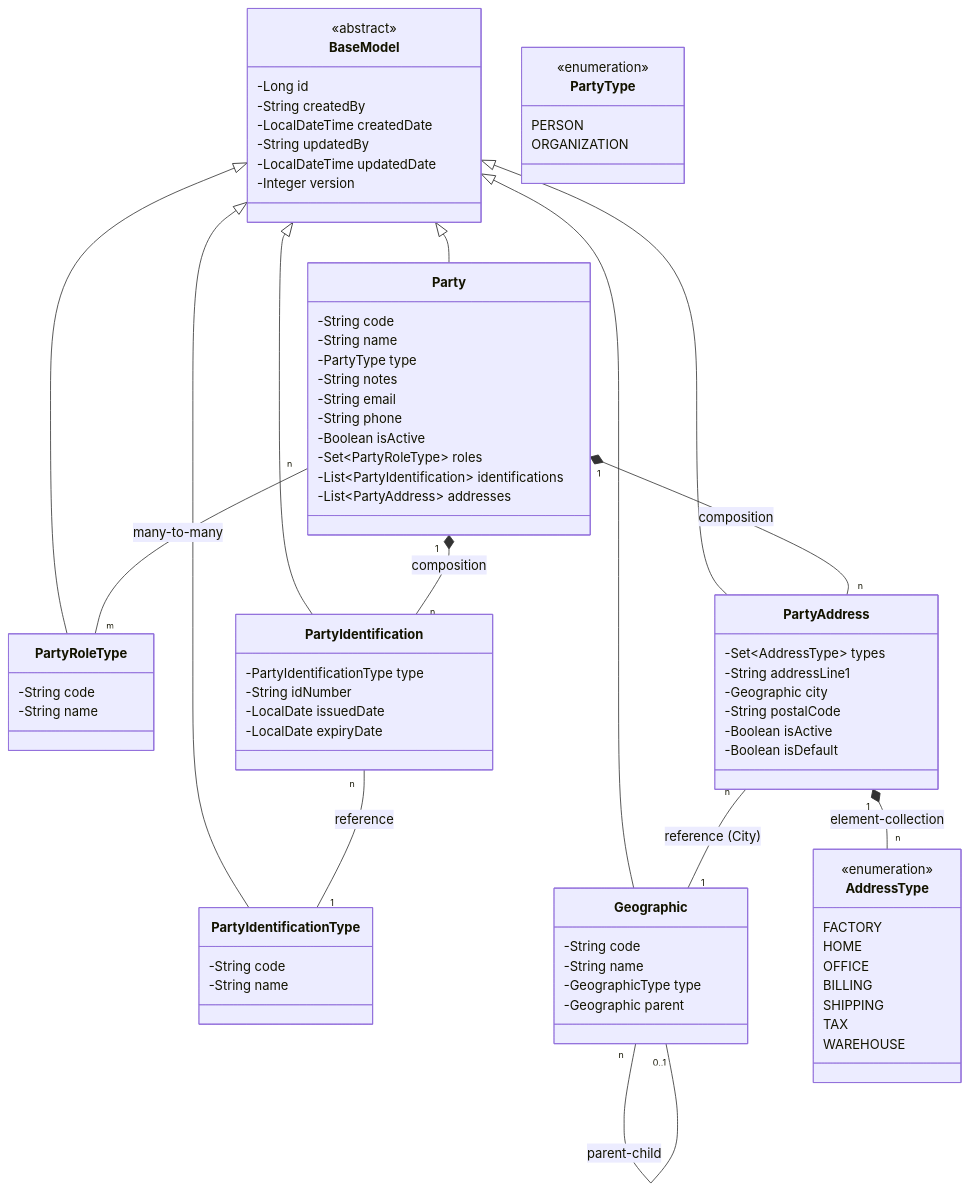
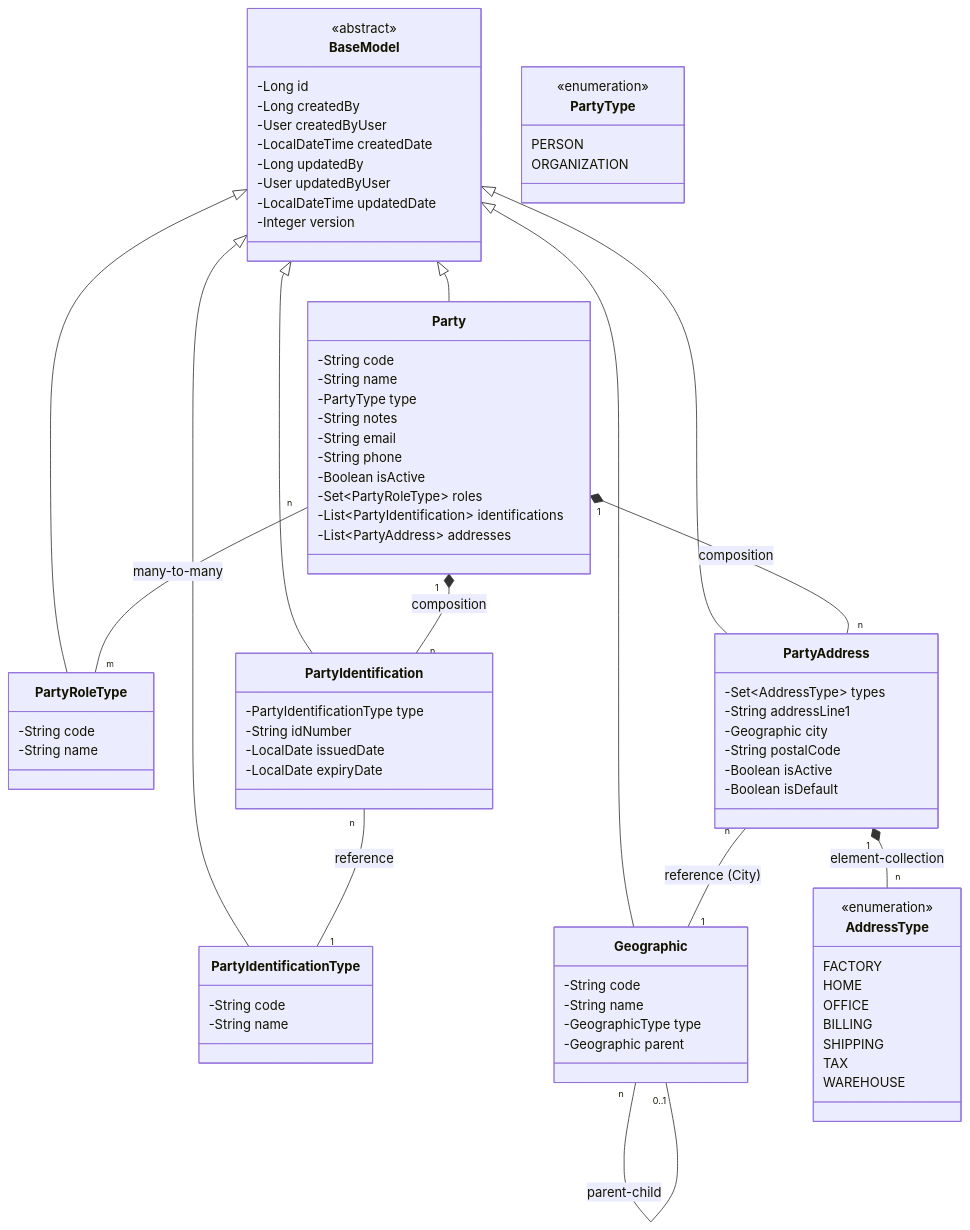
Before and after one commit to quenzvezda/solusi-erp: the diagram in docs/architecture/party-class-diagram.md, drawn with Mermaid. The commit also changed 39 other files, not shown here.

First line of the commit message:
refactor(core): align auditing architecture and fix related bugs

```diff
--- a/docs/architecture/party-class-diagram.md
+++ b/docs/architecture/party-class-diagram.md
@@ -7,9 +7,11 @@
     class BaseModel {
         <<abstract>>
         -Long id
-        -String createdBy
+        -Long createdBy
+        -User createdByUser
         -LocalDateTime createdDate
-        -String updatedBy
+        -Long updatedBy
+        -User updatedByUser
         -LocalDateTime updatedDate
         -Integer version
     }
```
